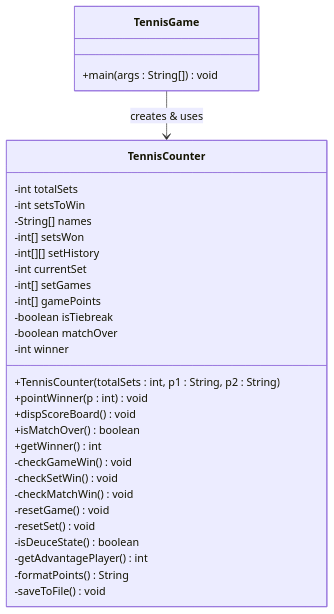
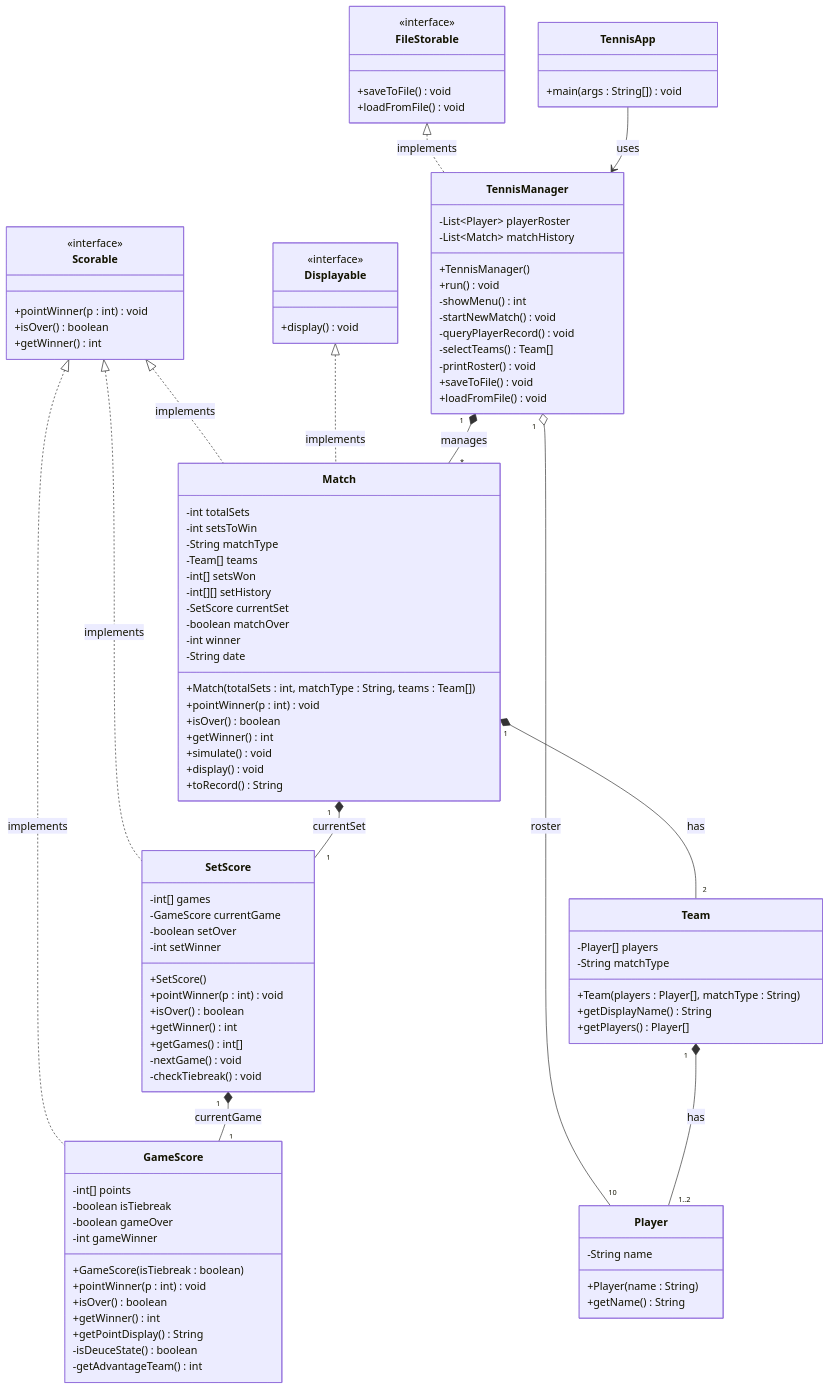
One commit to gmake20/tennis_game changed the diagram in class_diagram.md. Above: the diagram before and after it, drawn with Mermaid. The commit also changed other lines of this file, not shown here.

Commit message:
class_diagram.md update

````diff
--- a/class_diagram.md
+++ b/class_diagram.md
@@ -4,38 +6,124 @@
 classDiagram
     direction TB
 
-    class TennisGame {
+    %% ──────────────── Interfaces ────────────────
+    class Scorable {
+        <<interface>>
+        +pointWinner(p : int) void
+        +isOver() boolean
+        +getWinner() int
+    }
+
+    class Displayable {
+        <<interface>>
+        +display() void
+    }
+
+    class FileStorable {
+        <<interface>>
+        +saveToFile() void
+        +loadFromFile() void
+    }
+
+    %% ──────────────── Entry Point ────────────────
+    class TennisApp {
         +main(args : String[]) void
     }
 
-    class TennisCounter {
+    %% ──────────────── Manager ────────────────
+    class TennisManager {
+        -List~Player~ playerRoster
+        -List~Match~ matchHistory
+        +TennisManager()
+        +run() void
+        -showMenu() int
+        -startNewMatch() void
+        -queryPlayerRecord() void
+        -selectTeams() Team[]
+        -printRoster() void
+        +saveToFile() void
+        +loadFromFile() void
+    }
+
+    %% ──────────────── Player / Team ────────────────
+    class Player {
+        -String name
+        +Player(name : String)
+        +getName() String
+    }
+
+    class Team {
+        -Player[] players
+        -String matchType
+        +Team(players : Player[], matchType : String)
+        +getDisplayName() String
+        +getPlayers() Player[]
+    }
+
+    %% ──────────────── Match (경기 전체) ────────────────
+    class Match {
         -int totalSets
         -int setsToWin
-        -String[] names
+        -String matchType
+        -Team[] teams
         -int[] setsWon
         -int[][] setHistory
-        -int currentSet
-        -int[] setGames
-        -int[] gamePoints
-        -boolean isTiebreak
+        -SetScore currentSet
         -boolean matchOver
         -int winner
-
-        +TennisCounter(totalSets : int, p1 : String, p2 : String)
+        -String date
+        +Match(totalSets : int, matchType : String, teams : Team[])
         +pointWinner(p : int) void
-        +dispScoreBoard() void
-        +isMatchOver() boolean
+        +isOver() boolean
         +getWinner() int
-        -checkGameWin() void
-        -checkSetWin() void
-        -checkMatchWin() void
-        -resetGame() void
-        -resetSet() void
-        -isDeuceState() boolean
-        -getAdvantagePlayer() int
-        -formatPoints() String
-        -saveToFile() void
+        +simulate() void
+        +display() void
+        +toRecord() String
     }
 
-    TennisGame --> TennisCounter : creates & uses
+    %% ──────────────── SetScore (세트) ────────────────
+    class SetScore {
+        -int[] games
+        -GameScore currentGame
+        -boolean setOver
+        -int setWinner
+        +SetScore()
+        +pointWinner(p : int) void
+        +isOver() boolean
+        +getWinner() int
+        +getGames() int[]
+        -nextGame() void
+        -checkTiebreak() void
+    }
+
+    %% ──────────────── GameScore (단일 게임) ────────────────
+    class GameScore {
+        -int[] points
+        -boolean isTiebreak
+        -boolean gameOver
+        -int gameWinner
+        +GameScore(isTiebreak : boolean)
+        +pointWinner(p : int) void
+        +isOver() boolean
+        +getWinner() int
+        +getPointDisplay() String
+        -isDeuceState() boolean
+        -getAdvantageTeam() int
+    }
+
+    %% ──────────────── Interface 구현 관계 ────────────────
+    Scorable    <|.. GameScore      : implements
+    Scorable    <|.. SetScore       : implements
+    Scorable    <|.. Match          : implements
+    Displayable <|.. Match          : implements
+    FileStorable <|.. TennisManager : implements
+
+    %% ──────────────── 클래스 간 관계 ────────────────
+    TennisApp   -->  TennisManager  : uses
+    TennisManager "1" *-- "*"  Match  : manages
+    TennisManager "1" o-- "10" Player : roster
+    Match       "1" *-- "2"   Team    : has
+    Match       "1" *-- "1"   SetScore : currentSet
+    SetScore    "1" *-- "1"   GameScore : currentGame
+    Team        "1" *-- "1..2" Player  : has
 ```
````
